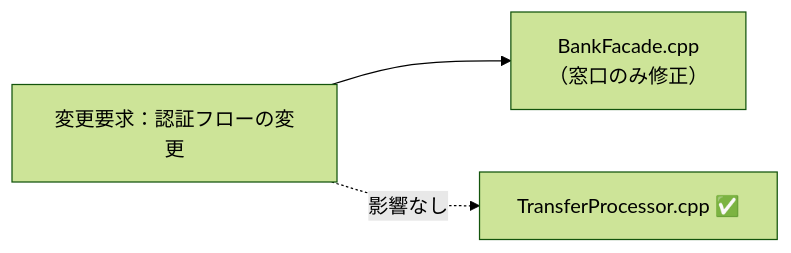
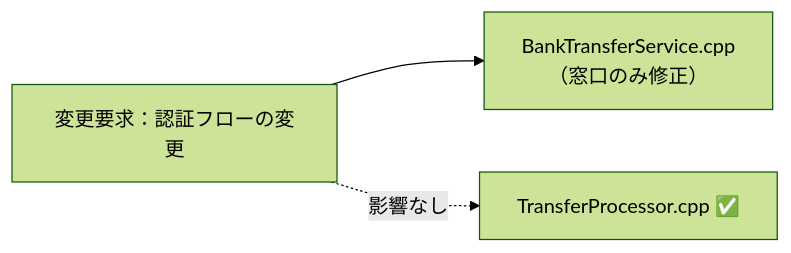
Before and after one commit to kumachan1101-pixel/DesignPattern: the ninth of 11 diagrams in kindle/design-patterns/output/chapter02.md, drawn with Mermaid (forest theme). The commit also changed other lines of this file, not shown here.

````diff
--- a/kindle/design-patterns/output/chapter02.md
+++ b/kindle/design-patterns/output/chapter02.md
@@ -1209,6 +1211,6 @@
 ```mermaid
 graph LR
-    T1["変更要求：認証フローの変更"] --> F1["BankFacade.cpp<br>（窓口のみ修正）"]
+    T1["変更要求：認証フローの変更"] --> F1["BankTransferService.cpp<br>（窓口のみ修正）"]
     T1 -. "影響なし" .-> A["TransferProcessor.cpp ✅"]
 
 ```
````
